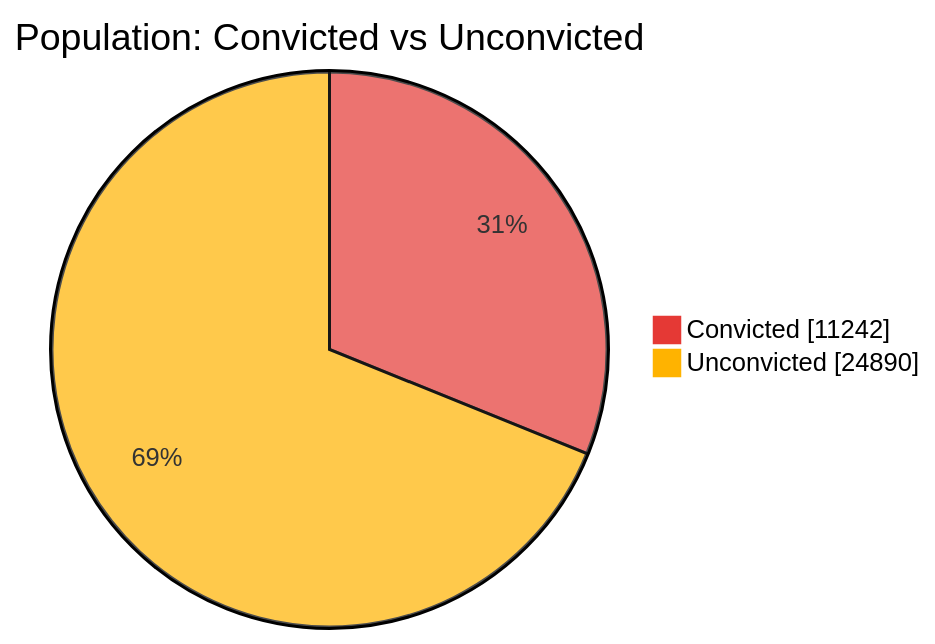
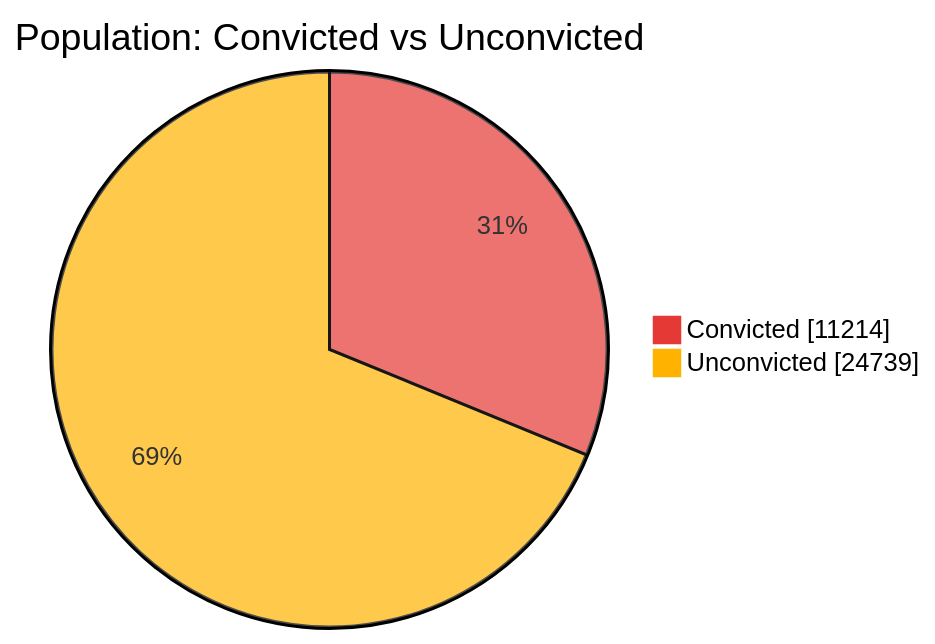
Before and after one commit to nuuuwan/lk_prisons: the first of 7 diagrams in README.md, drawn with Mermaid. The commit also changed other lines of this file and 1 other file, not shown here.

````diff
--- a/README.md
+++ b/README.md
@@ -43,6 +43,6 @@
 ```mermaid
 %%{init: {'themeVariables': {'pie1': '#E53935', 'pie2': '#FFB300'}}}%%
 pie showData title Population: Convicted vs Unconvicted
-    "Convicted" : 11242
-    "Unconvicted" : 24890
+    "Convicted" : 11214
+    "Unconvicted" : 24739
 ```
````
